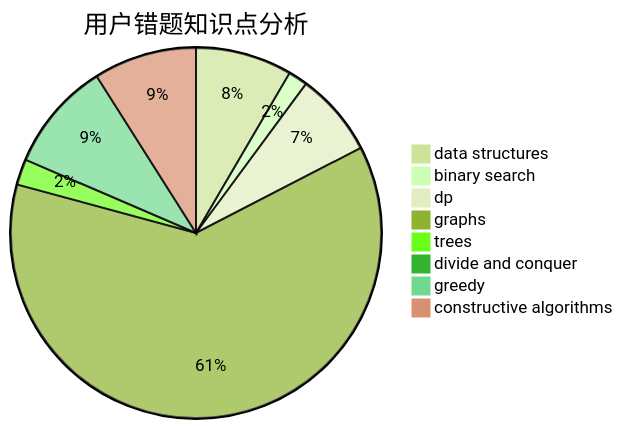
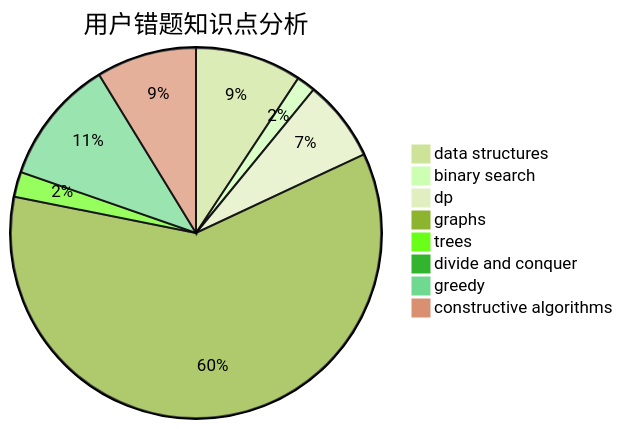
The third of 3 diagrams in docs/user/u2564.md (sherpahu/cfrs.github.io), drawn with Mermaid (forest theme) before and after one commit. The commit also changed other lines of this file and 2770 other files, not shown here.

````diff
--- a/docs/user/u2564.md
+++ b/docs/user/u2564.md
@@ -36,11 +36,11 @@
 ```mermaid
 pie title 用户错题知识点分析
-    "data structures" :  15
+    "data structures" :  17
     "binary search" :  3
     "dp" :  13
     "graphs" :  110
     "trees" :  4
     "divide and conquer" :  1
-    "greedy" :  17
+    "greedy" :  20
     "constructive algorithms" :  16
 ```
````
